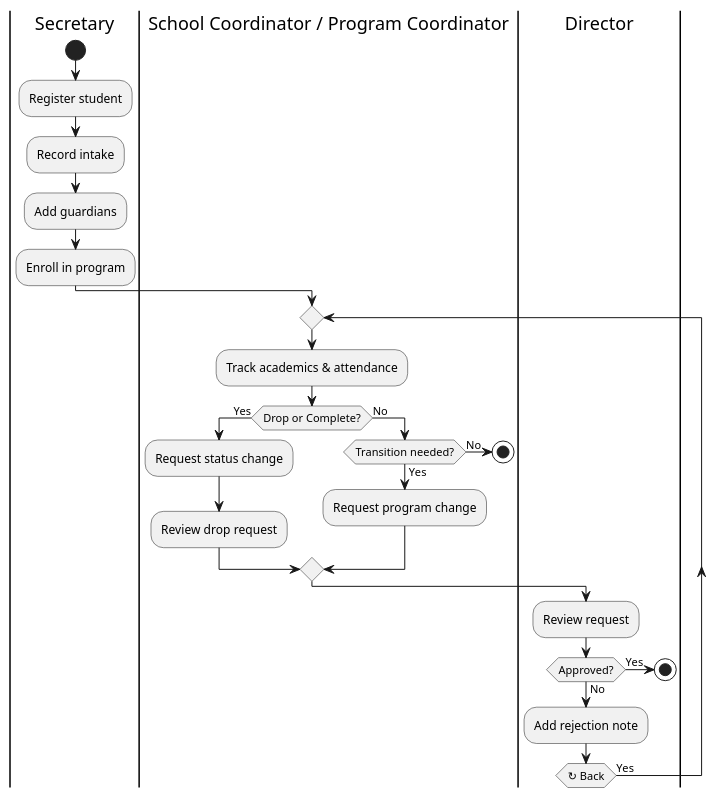
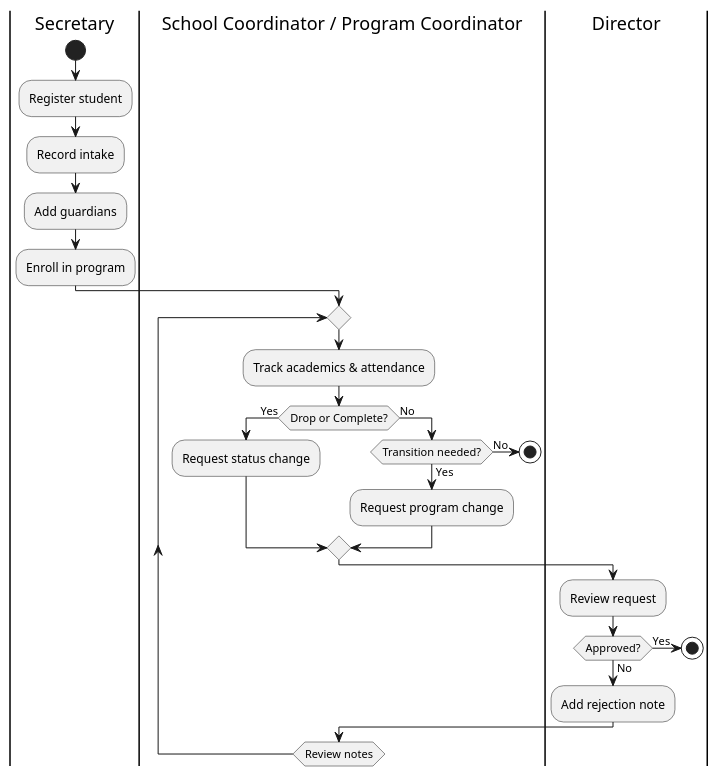
Before and after one commit to TainYanTun/BHSMS-Architectural-Blueprint: the diagram in activity-diagram/workflow_student.puml, drawn with PlantUML. The commit also changed 21 other files, not shown here.

First line of the commit message:
feat: add email gateway broadcast, sync ERD, update workflow diagrams

```diff
--- a/activity-diagram/workflow_student.puml
+++ b/activity-diagram/workflow_student.puml
@@ -1,31 +1,31 @@
 @startuml
 |Secretary|
 start
 :Register student;
 :Record intake;
 :Add guardians;
 :Enroll in program;
 
 |School Coordinator / Program Coordinator|
-repeat
+  repeat
   :Track academics & attendance;
   if (Drop or Complete?) then (Yes)
     :Request status change;
-    :Review drop request;
   else (No)
     if (Transition needed?) then (Yes)
       :Request program change;
     else (No)
       stop
     endif
   endif
 
   |Director|
   :Review request;
   if (Approved?) then (Yes)
     stop
   else (No)
     :Add rejection note;
   endif
-repeat while (↻ Back) is (Yes)
+|School Coordinator / Program Coordinator|
+repeat while (Review notes)
 @enduml
```
